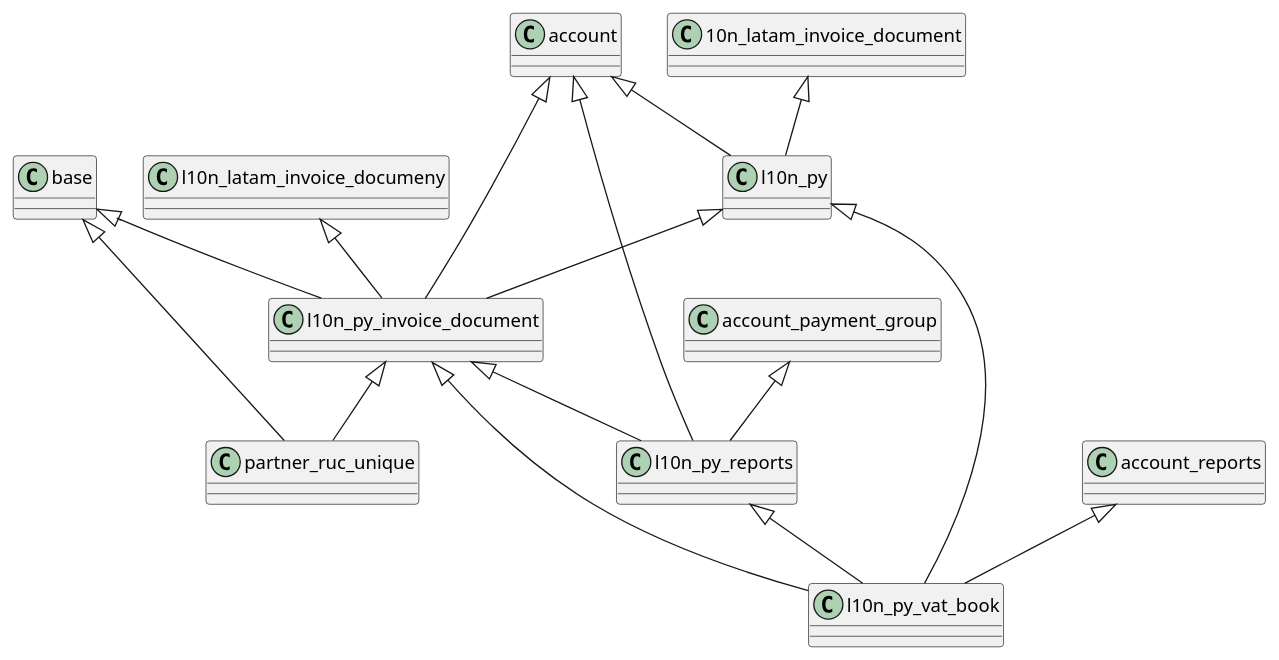
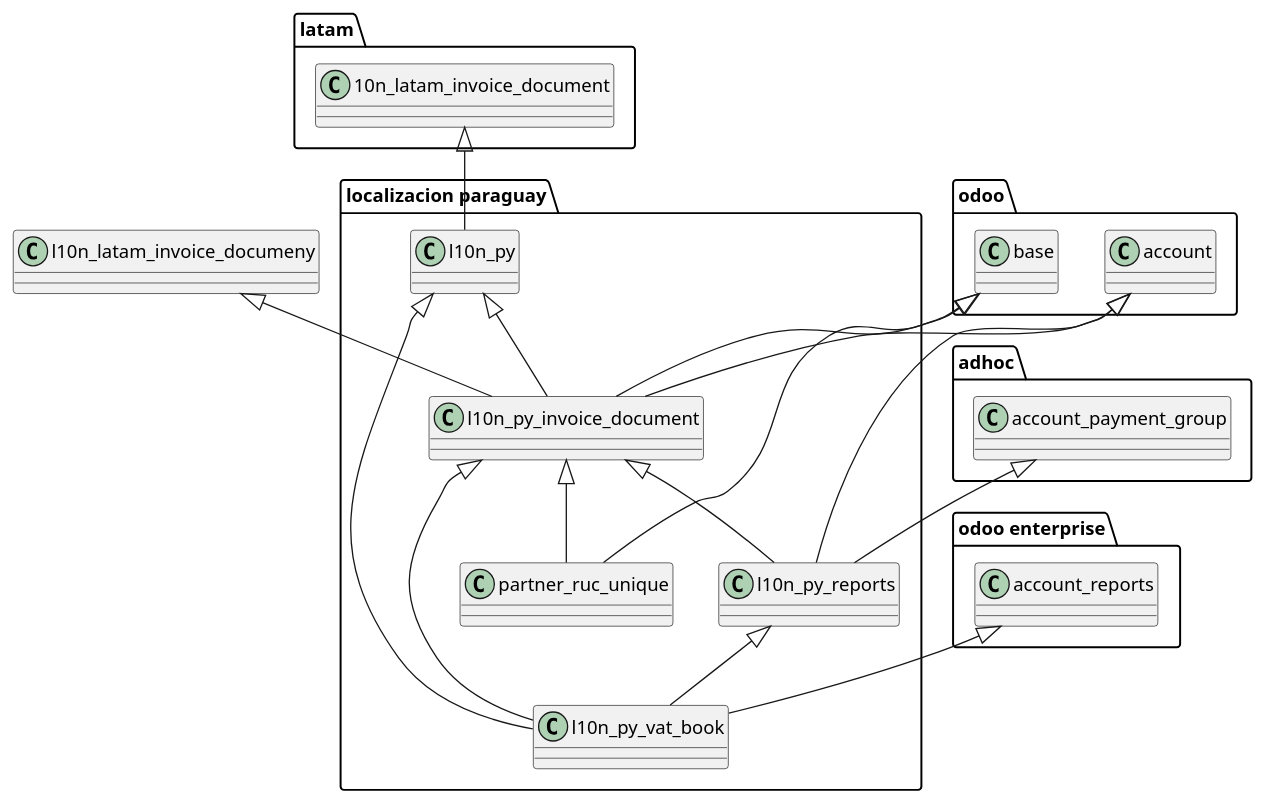
Before and after one commit to yasserdjerbi/test: the diagram in doc/global.puml, drawn with PlantUML.

Commit message:
[ADD] - puml integration

```diff
--- a/doc/global.puml
+++ b/doc/global.puml
@@ -1,22 +1,43 @@
 @startuml
-account <|-- l10n_py
+
+package "odoo enterprise" {
+class account_reports
+}
+
+package "odoo" {
+    class account
+    class base
+}
+package "latam" {
+    class 10n_latam_invoice_document
+}
+package "localizacion paraguay" {
+    class l10n_py
+    class l10n_py_invoice_document
+    class l10n_py_reports
+    class l10n_py_vat_book
+    class partner_ruc_unique
+}
+package "adhoc" {
+    class account_payment_group
+}
+
 10n_latam_invoice_document <|-- l10n_py
-
 base <|-- l10n_py_invoice_document
 l10n_py <|-- l10n_py_invoice_document
 account <|-- l10n_py_invoice_document
 l10n_latam_invoice_documeny <|-- l10n_py_invoice_document
 
 account <|-- l10n_py_reports
 l10n_py_invoice_document <|-- l10n_py_reports
 account_payment_group <|-- l10n_py_reports
 
 l10n_py <|-- l10n_py_vat_book
 l10n_py_reports <|-- l10n_py_vat_book
 l10n_py_invoice_document <|-- l10n_py_vat_book
 account_reports <|-- l10n_py_vat_book
 
 base <|-- partner_ruc_unique
 l10n_py_invoice_document <|-- partner_ruc_unique
 
 @enduml
```
